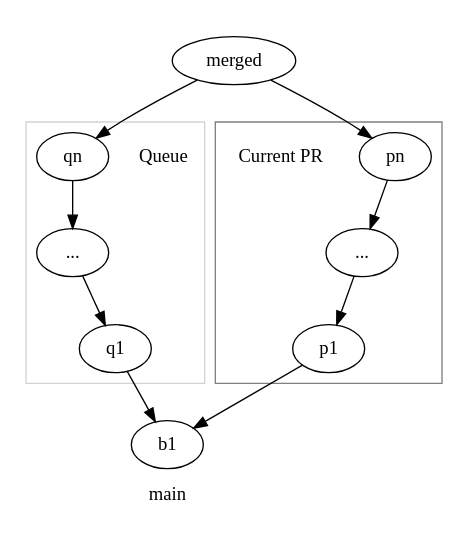
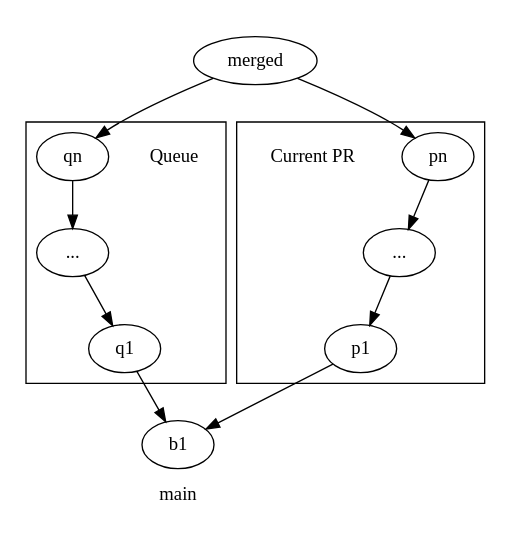
One commit to BenoitHiller/benoithiller.com changed the first of 2 diagrams in src/blog/pr-batching-and-conflicts.mdx. Above: the diagram before and after it, drawn with Graphviz. The commit also changed other lines of this file and 5 other files, not shown here.

First line of the commit message:
apply text styles to graphviz output

````diff
--- a/src/blog/pr-batching-and-conflicts.mdx
+++ b/src/blog/pr-batching-and-conflicts.mdx
@@ -134,33 +134,34 @@
 ```dot
   digraph commits {
+    node [shape=oval];
     subgraph cluster_main {
       b1;
       color = none;
       label = "main";
       labelloc = b;
     }
     subgraph cluster_merged {
       merged;
 
       color = none;
     }
 
     subgraph cluster_queue {
-      qlabel [label = "Queue" shape = plain];
+      qlabel [label = "Queue" shape = plaintext];
       qn -> qdot -> q1 -> b1;
       qdot [label="..."];
       merged -> qn;
 
-      color = lightgray;
+      class = "svg-stroke-gray-300"
     }
 
     subgraph cluster_PR {
       pn -> pdot -> p1 -> b1;
       pdot [label="..."];
       merged -> pn;
 
-      color = gray;
-      plabel [label = "Current PR" shape = plain];
+      class = "svg-stroke-gray-500"
+      plabel [label = "Current PR" shape = plaintext];
     }
   }
 ```
````
